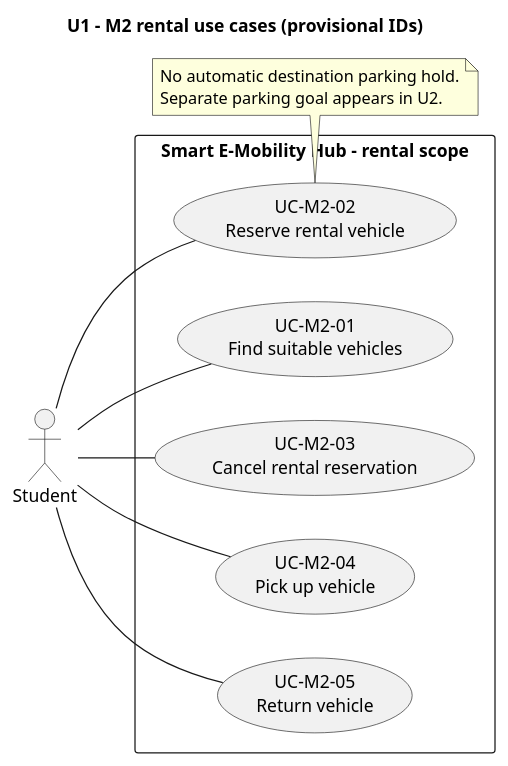
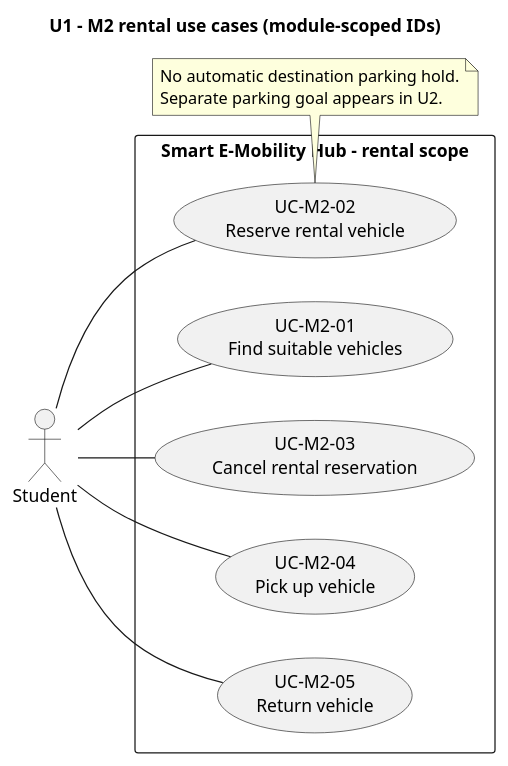
The diagram in docs/requirements/use-case-diagrams/uc-m2-rental.puml (MabC06/smart-e-mobility-hub), drawn with PlantUML before and after one commit. The commit also changed 16 other files, not shown here.

```diff
--- a/docs/requirements/use-case-diagrams/uc-m2-rental.puml
+++ b/docs/requirements/use-case-diagrams/uc-m2-rental.puml
@@ -1,23 +1,23 @@
 @startuml
 left to right direction
-title U1 - M2 rental use cases (provisional IDs)
+title U1 - M2 rental use cases (module-scoped IDs)
 skinparam shadowing false
 skinparam defaultFontName Arial
 actor Student
 rectangle "Smart E-Mobility Hub - rental scope" {
   usecase "UC-M2-01\nFind suitable vehicles" as Search
   usecase "UC-M2-02\nReserve rental vehicle" as Reserve
   usecase "UC-M2-03\nCancel rental reservation" as Cancel
   usecase "UC-M2-04\nPick up vehicle" as Pickup
   usecase "UC-M2-05\nReturn vehicle" as Return
 }
 Student -- Search
 Student -- Reserve
 Student -- Cancel
 Student -- Pickup
 Student -- Return
 note bottom of Reserve
   No automatic destination parking hold.
   Separate parking goal appears in U2.
 end note
 @enduml
```
